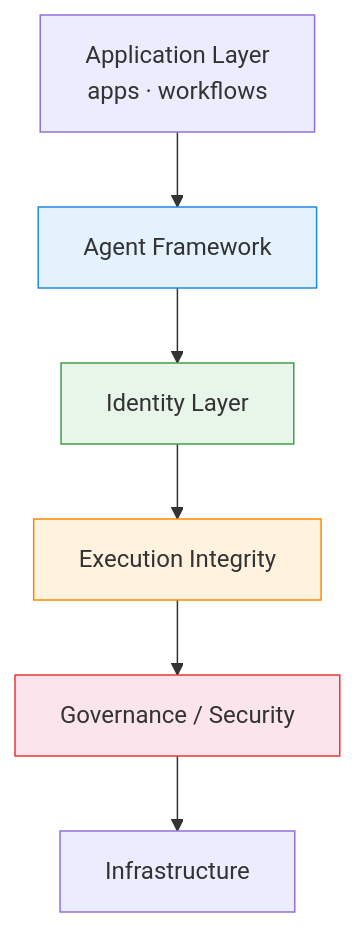
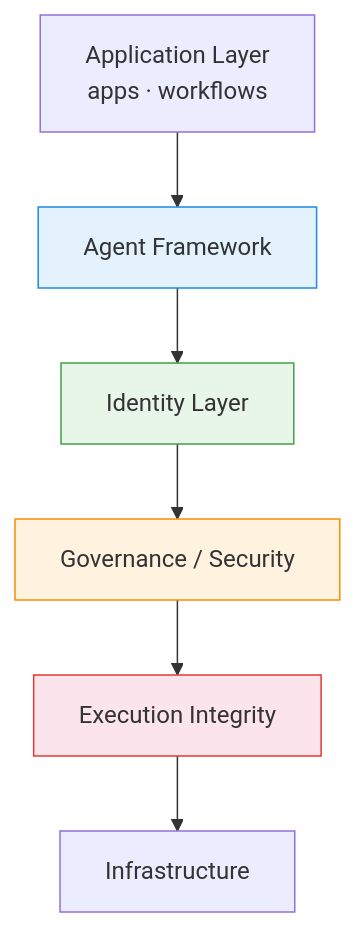
Before and after one commit to joy7758/fdo-kernel-mvk: the diagram in docs/architecture/agent-runtime-stack.md, drawn with Mermaid. The commit also changed other lines of this file and 35 other files, not shown here.

Commit message:
refactor(mvk): constrain kernel to execution-integrity role

````diff
--- a/docs/architecture/agent-runtime-stack.md
+++ b/docs/architecture/agent-runtime-stack.md
@@ -29,18 +29,18 @@
 ```mermaid
 flowchart TD
     A["Application Layer<br>apps · workflows"] --> B["Agent Framework"]
     B --> C["Identity Layer"]
-    C --> D["Execution Integrity"]
-    D --> E["Governance / Security"]
+    C --> D["Governance / Security"]
+    D --> E["Execution Integrity"]
     E --> F["Infrastructure"]
 
     B:::framework
     C:::identity
     D:::integrity
     E:::security
 
     classDef framework fill:#E3F2FD,stroke:#1E88E5
     classDef identity fill:#E8F5E9,stroke:#43A047
     classDef integrity fill:#FFF3E0,stroke:#FB8C00
     classDef security fill:#FCE4EC,stroke:#E53935
 ```
````
